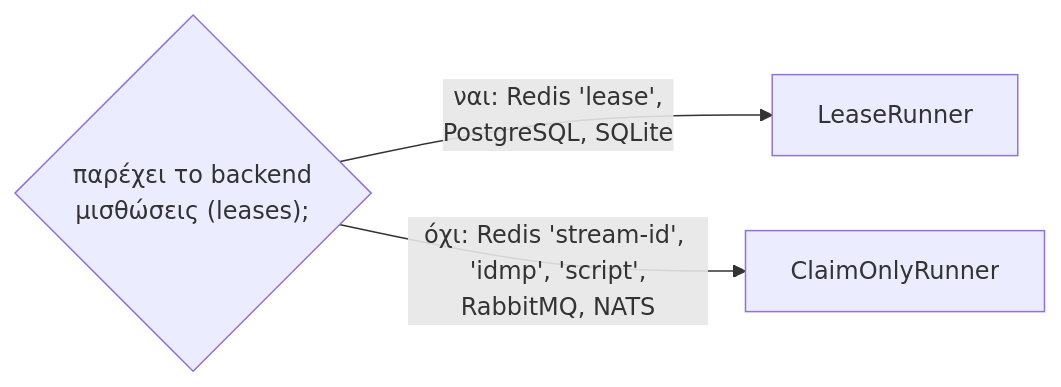
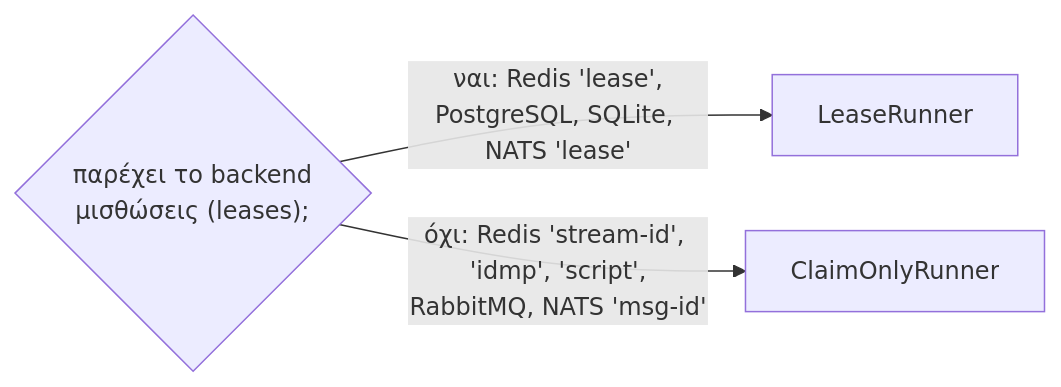
The second of 2 diagrams in docs/src/content/docs/el/internals/architecture.md (aristoteliss/anarchon), drawn with Mermaid before and after one commit. The commit also changed 67 other files, not shown here.

````diff
--- a/docs/src/content/docs/el/internals/architecture.md
+++ b/docs/src/content/docs/el/internals/architecture.md
@@ -61,6 +61,6 @@
 ```mermaid
 flowchart LR
   backend{"παρέχει το backend<br/>μισθώσεις (leases);"}
-  backend -- "ναι: Redis 'lease',<br/>PostgreSQL, SQLite" --> lr["LeaseRunner"]
-  backend -- "όχι: Redis 'stream-id', 'idmp', 'script',<br/>RabbitMQ, NATS" --> cr["ClaimOnlyRunner"]
+  backend -- "ναι: Redis 'lease',<br/>PostgreSQL, SQLite, NATS 'lease'" --> lr["LeaseRunner"]
+  backend -- "όχι: Redis 'stream-id', 'idmp', 'script',<br/>RabbitMQ, NATS 'msg-id'" --> cr["ClaimOnlyRunner"]
 ```
````
